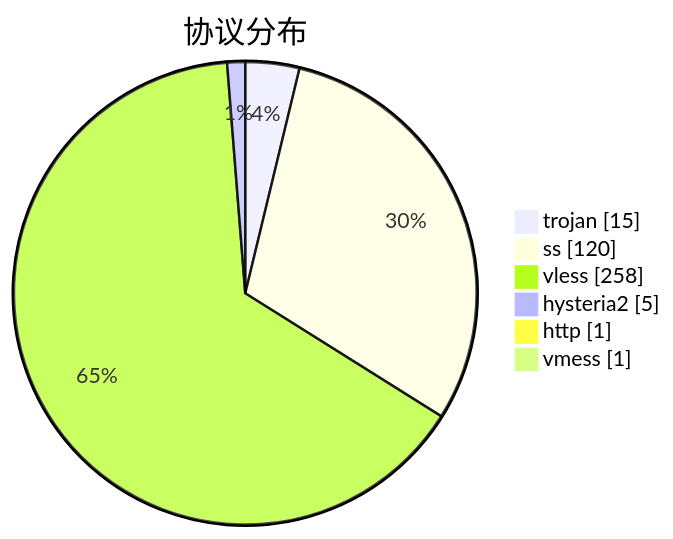
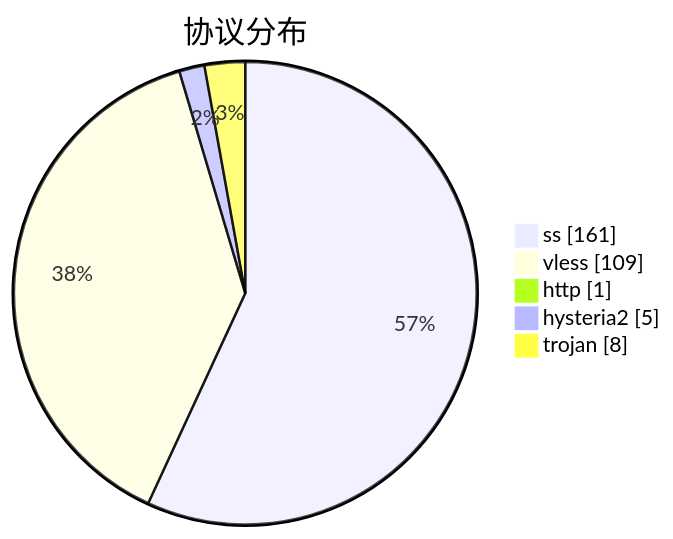
The third of 3 diagrams in subs/statistics/tested_within.md (qjlxg/airport), drawn with Mermaid before and after one commit. The commit also changed other lines of this file and 2 other files, not shown here.

````diff
--- a/subs/statistics/tested_within.md
+++ b/subs/statistics/tested_within.md
@@ -18,10 +17,9 @@
 ```mermaid
 pie showData
 title 协议分布
-"trojan" : 15
-"ss" : 120
-"vless" : 258
+"ss" : 161
+"vless" : 109
+"http" : 1
 "hysteria2" : 5
-"http" : 1
-"vmess" : 1
+"trojan" : 8
 ```
````
